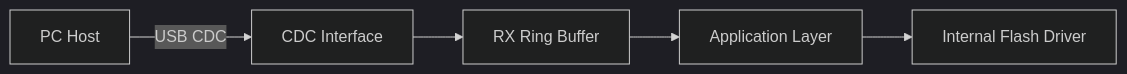
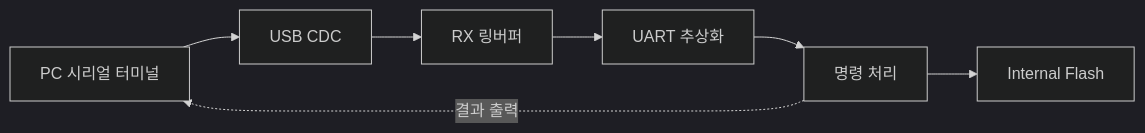
One commit to MeawMye/stm32-usbcdc-flash-driver changed the diagram in README.md. Above: the diagram before and after it, drawn with Mermaid (dark theme). The commit also changed other lines of this file, not shown here.

````diff
--- a/README.md
+++ b/README.md
@@ -138,7 +28,16 @@
 ```mermaid
 flowchart LR
-    PC[PC Host] -->|USB CDC| USB[CDC Interface]
-    USB --> RXBUF[RX Ring Buffer]
-    RXBUF --> APP[Application Layer]
-    APP --> FLASH[Internal Flash Driver]
+    PC["PC 시리얼 터미널"]
+    CDC["USB CDC"]
+    BUFFER["RX 링버퍼"]
+    UART["UART 추상화"]
+    APP["명령 처리"]
+    FLASH["Internal Flash"]
+
+    PC --> CDC
+    CDC --> BUFFER
+    BUFFER --> UART
+    UART --> APP
+    APP --> FLASH
+    APP -. "결과 출력" .-> PC
 ```
````
